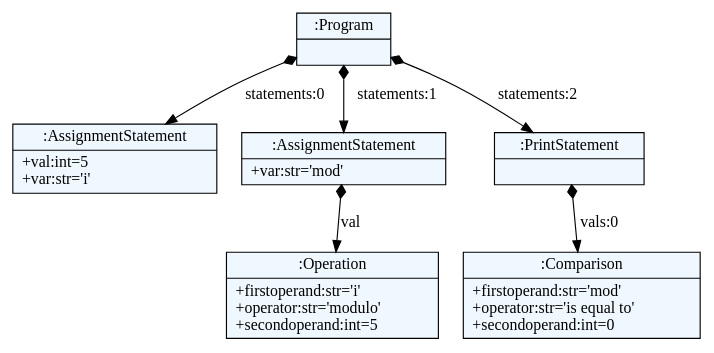
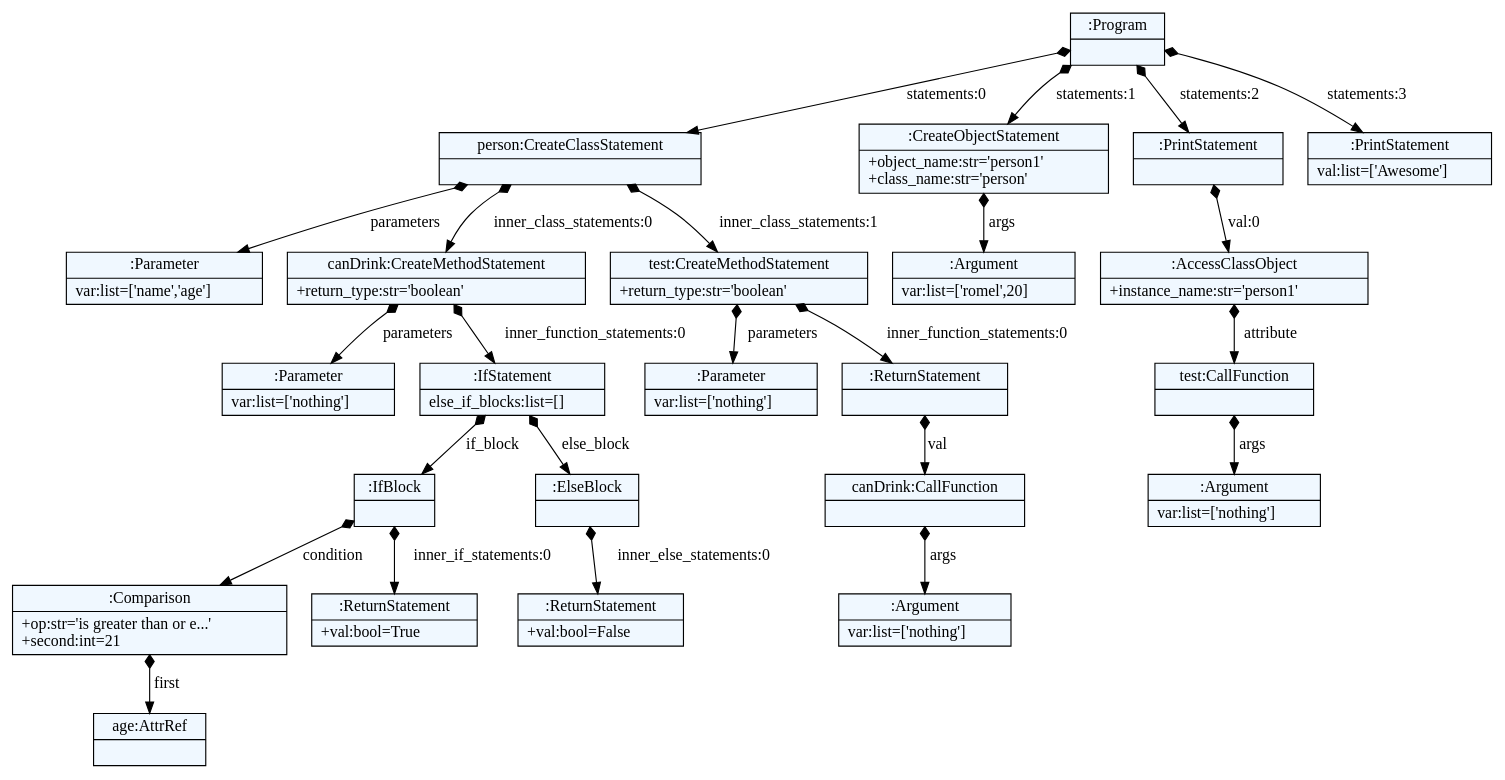
Before and after one commit to RomelAleman/minsym-cs420-final-project: the diagram in minsym.dot, drawn with Graphviz. The commit also changed 16 other files, not shown here.

```diff
--- a/minsym.dot
+++ b/minsym.dot
@@ -1,26 +1,62 @@
 
     digraph textX {
     fontname = "Bitstream Vera Sans"
     fontsize = 8
     node[
         shape=record,
         style=filled,
         fillcolor=aliceblue
     ]
     nodesep = 0.3
     edge[dir=black,arrowtail=empty]
 
 
-2365891489008 -> 2365891486320 [label="statements:0" arrowtail=diamond dir=both]
-2365891486320[label="{:AssignmentStatement|+val:int=5\l+var:str='i'\l}"]
-2365891489008 -> 2365891962000 [label="statements:1" arrowtail=diamond dir=both]
-2365891962000 -> 2365891490016 [label="val" arrowtail=diamond dir=both]
-2365891490016[label="{:Operation|+firstoperand:str='i'\l+operator:str='modulo'\l+secondoperand:int=5\l}"]
-2365891962000[label="{:AssignmentStatement|+var:str='mod'\l}"]
-2365891489008 -> 2365891486656 [label="statements:2" arrowtail=diamond dir=both]
-2365891486656 -> 2365891490352 [label="vals:0" arrowtail=diamond dir=both]
-2365891490352[label="{:Comparison|+firstoperand:str='mod'\l+operator:str='is equal to'\l+secondoperand:int=0\l}"]
-2365891486656[label="{:PrintStatement|}"]
-2365891489008[label="{:Program|}"]
+1917758483360 -> 1917758480672 [label="statements:0" arrowtail=diamond dir=both]
+1917758480672 -> 1917758484368 [label="parameters" arrowtail=diamond dir=both]
+1917758484368[label="{:Parameter|var:list=['name','age']\l}"]
+1917758480672 -> 1917758481008 [label="inner_class_statements:0" arrowtail=diamond dir=both]
+1917758481008 -> 1917759623632 [label="parameters" arrowtail=diamond dir=both]
+1917759623632[label="{:Parameter|var:list=['nothing']\l}"]
+1917758481008 -> 1917758484704 [label="inner_function_statements:0" arrowtail=diamond dir=both]
+1917758484704 -> 1917758485040 [label="if_block" arrowtail=diamond dir=both]
+1917758485040 -> 1917758485376 [label="condition" arrowtail=diamond dir=both]
+1917758485376 -> 1917758485712 [label="first" arrowtail=diamond dir=both]
+1917758485712[label="{age:AttrRef|}"]
+1917758485376[label="{:Comparison|+op:str='is greater than or e...'\l+second:int=21\l}"]
+1917758485040 -> 1917758486048 [label="inner_if_statements:0" arrowtail=diamond dir=both]
+1917758486048[label="{:ReturnStatement|+val:bool=True\l}"]
+1917758485040[label="{:IfBlock|}"]
+1917758484704 -> 1917758486384 [label="else_block" arrowtail=diamond dir=both]
+1917758486384 -> 1917759623952 [label="inner_else_statements:0" arrowtail=diamond dir=both]
+1917759623952[label="{:ReturnStatement|+val:bool=False\l}"]
+1917758486384[label="{:ElseBlock|}"]
+1917758484704[label="{:IfStatement|else_if_blocks:list=[]\l}"]
+1917758481008[label="{canDrink:CreateMethodStatement|+return_type:str='boolean'\l}"]
+1917758480672 -> 1917759624272 [label="inner_class_statements:1" arrowtail=diamond dir=both]
+1917759624272 -> 1917759624592 [label="parameters" arrowtail=diamond dir=both]
+1917759624592[label="{:Parameter|var:list=['nothing']\l}"]
+1917759624272 -> 1917759624912 [label="inner_function_statements:0" arrowtail=diamond dir=both]
+1917759624912 -> 1917758486720 [label="val" arrowtail=diamond dir=both]
+1917758486720 -> 1917758487056 [label="args" arrowtail=diamond dir=both]
+1917758487056[label="{:Argument|var:list=['nothing']\l}"]
+1917758486720[label="{canDrink:CallFunction|}"]
+1917759624912[label="{:ReturnStatement|}"]
+1917759624272[label="{test:CreateMethodStatement|+return_type:str='boolean'\l}"]
+1917758480672[label="{person:CreateClassStatement|}"]
+1917758483360 -> 1917758487392 [label="statements:1" arrowtail=diamond dir=both]
+1917758487392 -> 1917759625232 [label="args" arrowtail=diamond dir=both]
+1917759625232[label="{:Argument|var:list=['romel',20]\l}"]
+1917758487392[label="{:CreateObjectStatement|+object_name:str='person1'\l+class_name:str='person'\l}"]
+1917758483360 -> 1917758487728 [label="statements:2" arrowtail=diamond dir=both]
+1917758487728 -> 1917758488064 [label="val:0" arrowtail=diamond dir=both]
+1917758488064 -> 1917759625552 [label="attribute" arrowtail=diamond dir=both]
+1917759625552 -> 1917759625872 [label="args" arrowtail=diamond dir=both]
+1917759625872[label="{:Argument|var:list=['nothing']\l}"]
+1917759625552[label="{test:CallFunction|}"]
+1917758488064[label="{:AccessClassObject|+instance_name:str='person1'\l}"]
+1917758487728[label="{:PrintStatement|}"]
+1917758483360 -> 1917759626192 [label="statements:3" arrowtail=diamond dir=both]
+1917759626192[label="{:PrintStatement|val:list=['Awesome']\l}"]
+1917758483360[label="{:Program|}"]
 
 }
```
